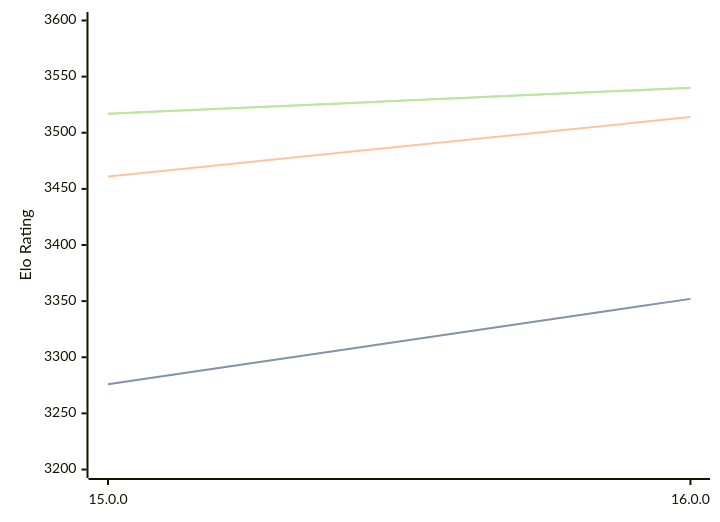
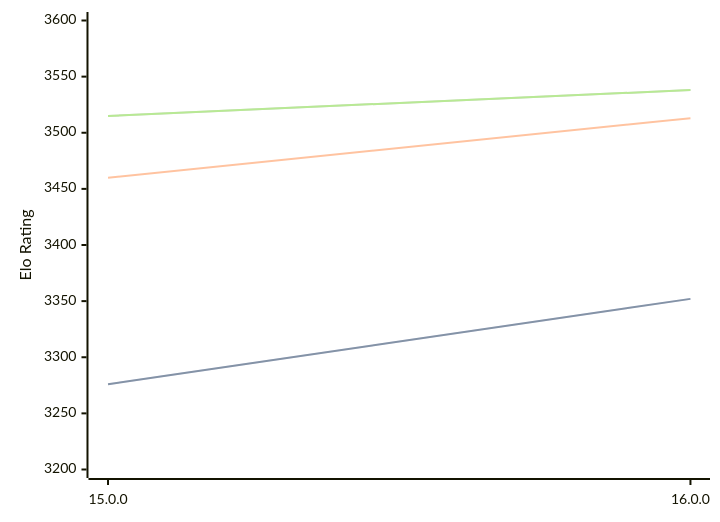
One commit to computer-chess-index/cci changed the diagram in engines/Halogen.md. Above: the diagram before and after it, drawn with Mermaid. The commit also changed other lines of this file, not shown here.

Commit message:
Update CCI Ratings (ELO VLTC) - 2026-08-03

````diff
--- a/engines/Halogen.md
+++ b/engines/Halogen.md
@@ -50,11 +50,11 @@
 ```mermaid
 %%{init: {"theme":"base","themeVariables":{"seriesColors:['#a3a3a3','#222221','#faa371']}}}%%
 xychart-beta
   x-axis ["15.0.0", "16.0.0"]
   y-axis "Elo Rating" 3200 --> 3600
   line "STC (8.0+0.08s)" [3276, 3352]
   line "STC (8.0+0.08s)" [3276, 3352]
-  line "LTC (60.0+0.60s)" [3461, 3514]
-  line "VLTC (2m24s+1.12s)" [3517, 3540]
-  line "VLTC (2m24s+1.12s)" [3517, 3540]
+  line "LTC (60.0+0.60s)" [3460, 3513]
+  line "VLTC (2m24s+1.12s)" [3515, 3538]
+  line "VLTC (2m24s+1.12s)" [3515, 3538]
 ```
````
